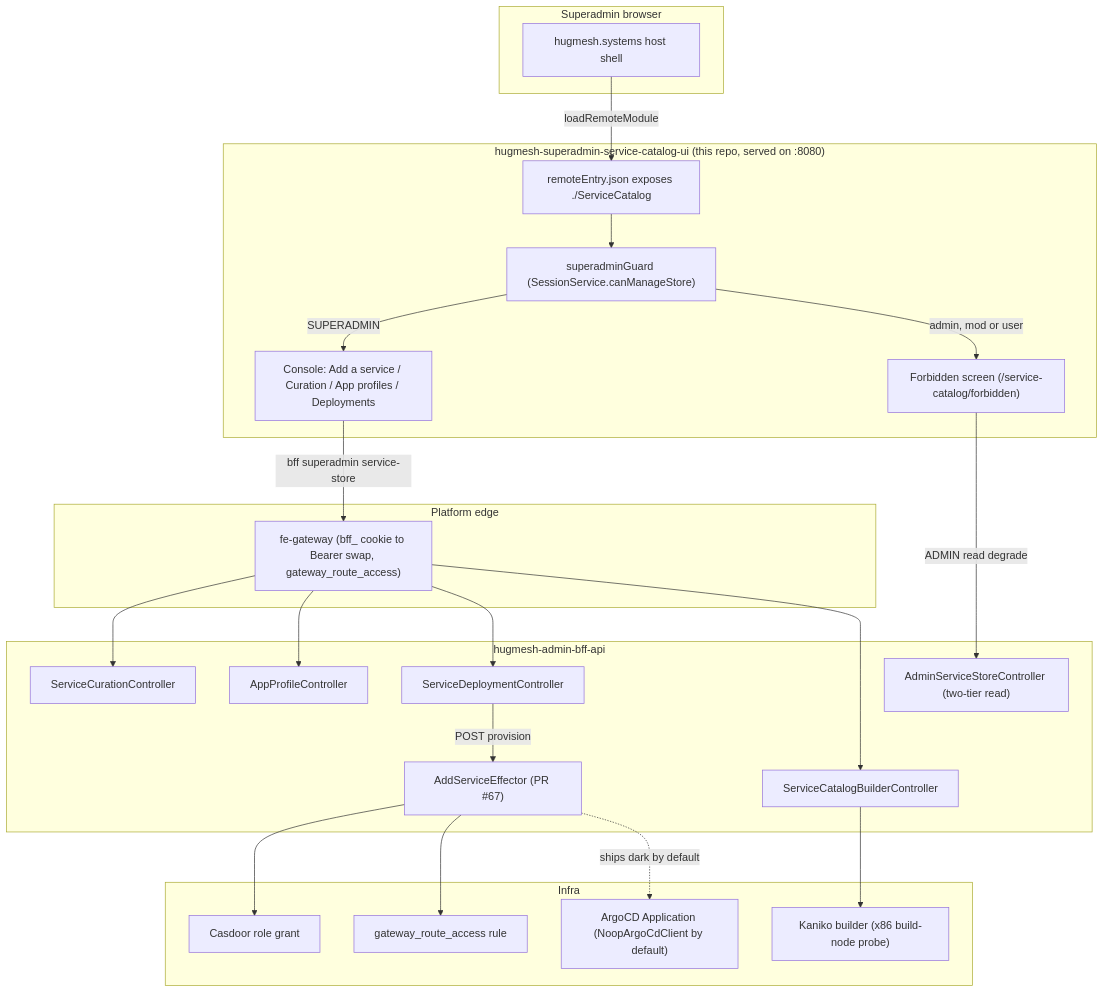
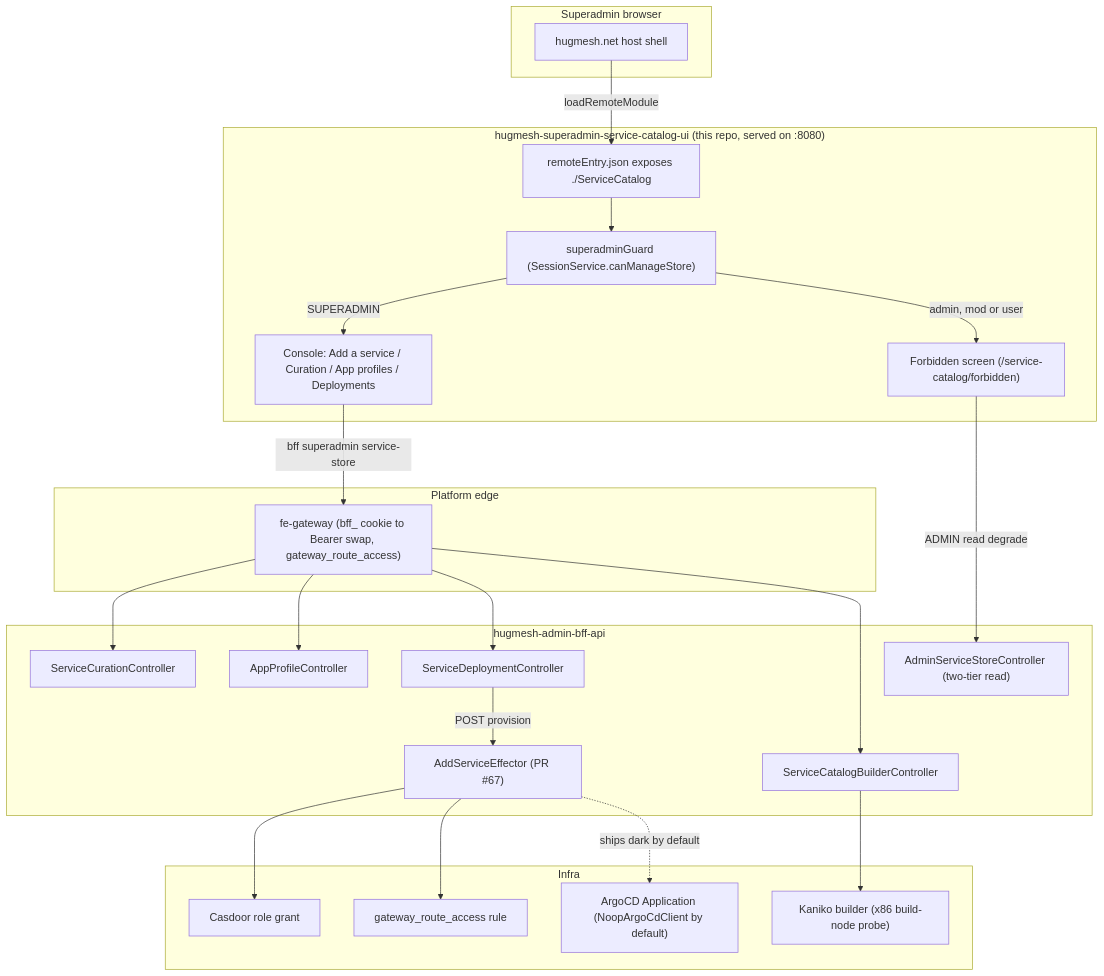
One commit to hugmesh/hugmesh-superadmin-service-catalog-ui changed the diagram in README.md. Above: the diagram before and after it, drawn with Mermaid. The commit also changed other lines of this file and 12 other files, not shown here.

First line of the commit message:
chore(rename): eliminate .systems tokens in favour of hugmesh.net

````diff
--- a/README.md
+++ b/README.md
@@ -47,50 +47,50 @@
 ```mermaid
 flowchart TD
     subgraph Browser["Superadmin browser"]
-        Host["hugmesh.systems host shell"]
+        Host["hugmesh.net host shell"]
     end
 
     subgraph Remote["hugmesh-superadmin-service-catalog-ui (this repo, served on :8080)"]
         RE["remoteEntry.json exposes ./ServiceCatalog"]
         Guard["superadminGuard (SessionService.canManageStore)"]
         Console["Console: Add a service / Curation / App profiles / Deployments"]
         Forbidden["Forbidden screen (/service-catalog/forbidden)"]
     end
 
     subgraph Edge["Platform edge"]
         Gateway["fe-gateway (bff_ cookie to Bearer swap, gateway_route_access)"]
     end
 
     subgraph BFF["hugmesh-admin-bff-api"]
         Curation["ServiceCurationController"]
         Profiles["AppProfileController"]
         Deploy["ServiceDeploymentController"]
         AdminRead["AdminServiceStoreController (two-tier read)"]
         BuilderCtl["ServiceCatalogBuilderController"]
         Effector["AddServiceEffector (PR #67)"]
     end
 
     subgraph Infra["Infra"]
         Casdoor["Casdoor role grant"]
         RouteAccess["gateway_route_access rule"]
         ArgoCD["ArgoCD Application (NoopArgoCdClient by default)"]
         Kaniko["Kaniko builder (x86 build-node probe)"]
     end
 
     Host -->|"loadRemoteModule"| RE
     RE --> Guard
     Guard -->|"SUPERADMIN"| Console
     Guard -->|"admin, mod or user"| Forbidden
     Forbidden -->|"ADMIN read degrade"| AdminRead
 
     Console -->|"bff superadmin service-store"| Gateway
     Gateway --> Curation
     Gateway --> Profiles
     Gateway --> Deploy
     Gateway --> BuilderCtl
     Deploy -->|"POST provision"| Effector
     Effector --> Casdoor
     Effector --> RouteAccess
     Effector -.->|"ships dark by default"| ArgoCD
     BuilderCtl --> Kaniko
 ```
````
